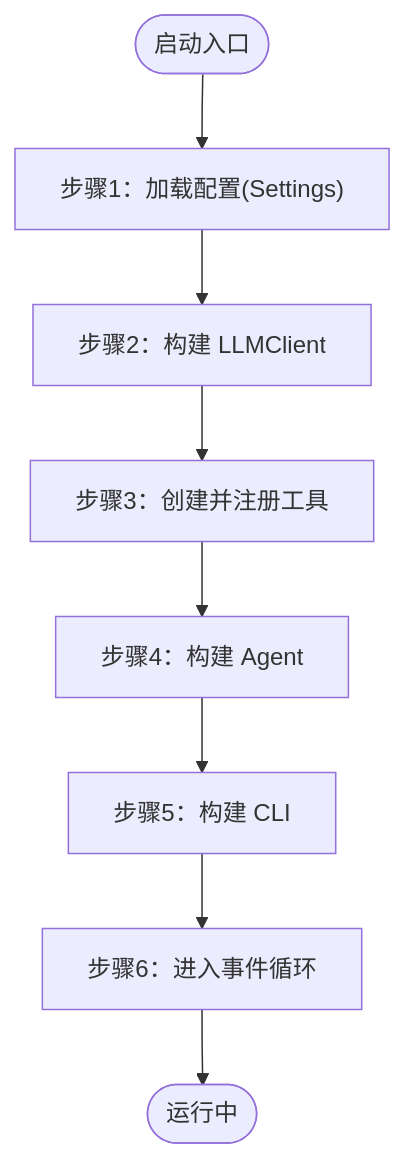
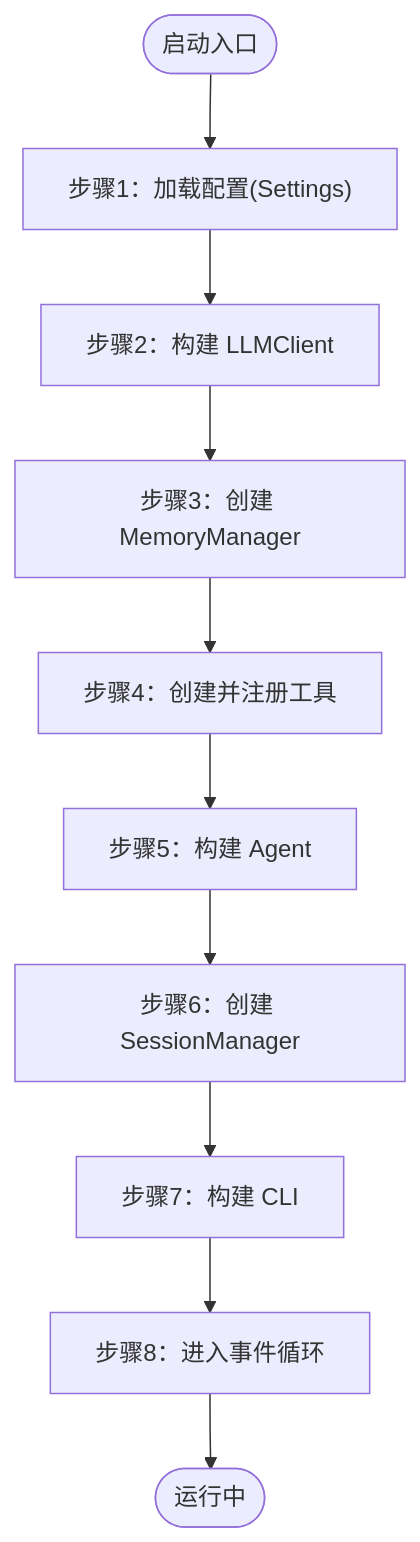
The third of 5 diagrams in .qoder/repowiki/zh/content/核心模块详解/入口点和初始化.md (250shiwo/MySmallAgent), drawn with Mermaid before and after one commit. The commit also changed other lines of this file and 41 other files, not shown here.

````diff
--- a/.qoder/repowiki/zh/content/核心模块详解/入口点和初始化.md
+++ b/.qoder/repowiki/zh/content/核心模块详解/入口点和初始化.md
@@ -184,10 +224,12 @@
 ```mermaid
 flowchart TD
 Start(["启动入口"]) --> Step1["步骤1：加载配置(Settings)"]
 Step1 --> Step2["步骤2：构建 LLMClient"]
-Step2 --> Step3["步骤3：创建并注册工具"]
-Step3 --> Step4["步骤4：构建 Agent"]
-Step4 --> Step5["步骤5：构建 CLI"]
-Step5 --> Step6["步骤6：进入事件循环"]
-Step6 --> End(["运行中"])
+Step2 --> Step3["步骤3：创建 MemoryManager"]
+Step3 --> Step4["步骤4：创建并注册工具"]
+Step4 --> Step5["步骤5：构建 Agent"]
+Step5 --> Step6["步骤6：创建 SessionManager"]
+Step6 --> Step7["步骤7：构建 CLI"]
+Step7 --> Step8["步骤8：进入事件循环"]
+Step8 --> End(["运行中"])
 ```
````
